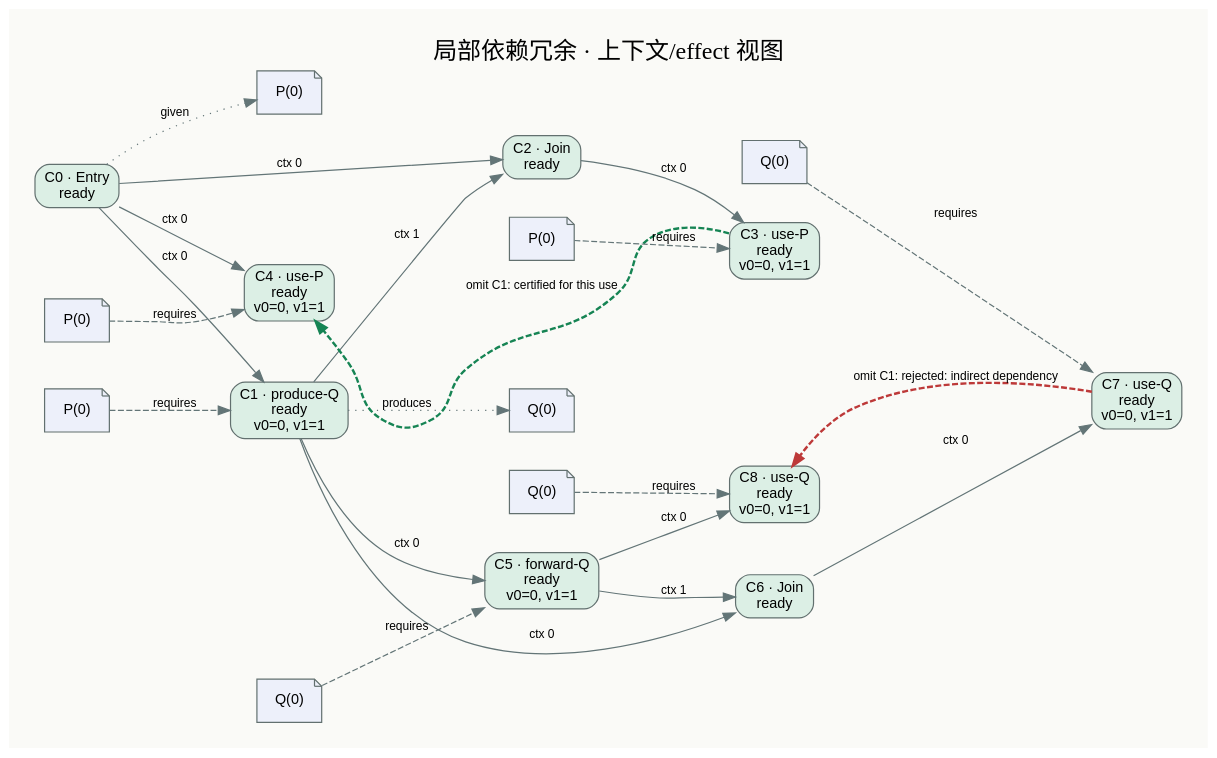
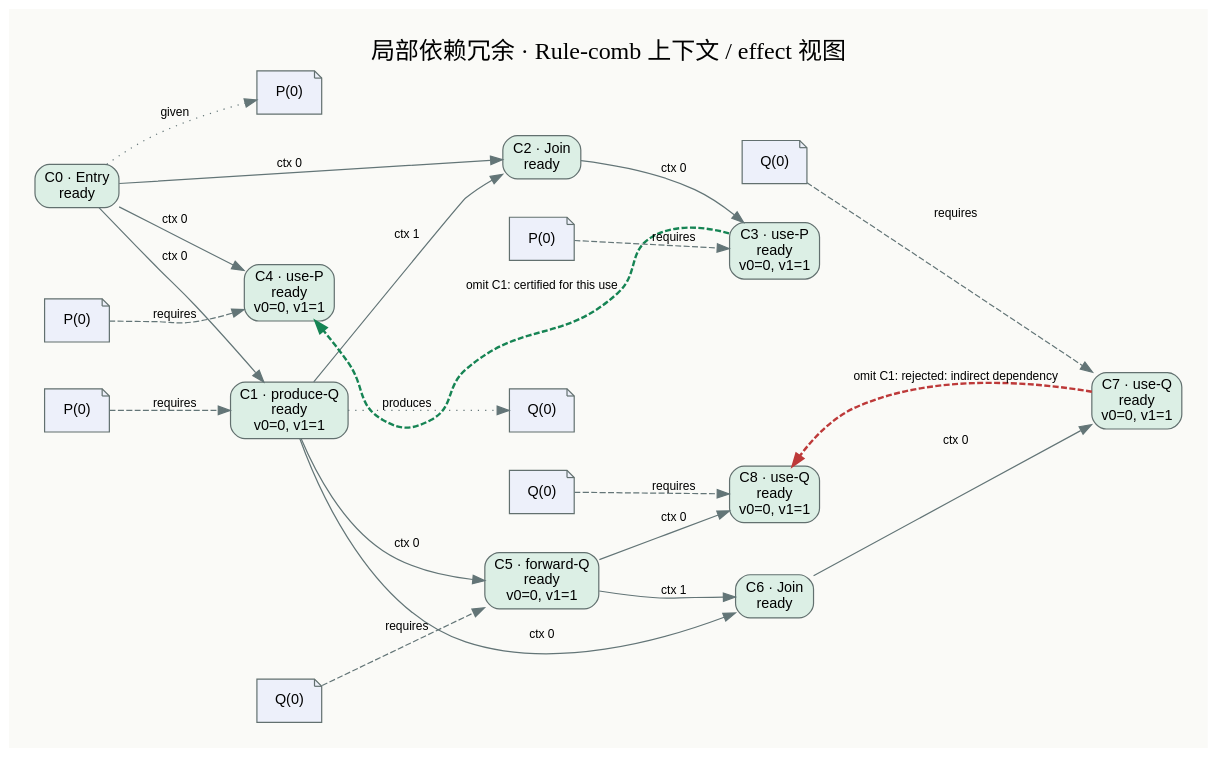
One commit to MilkBlock/fractal_egraph changed the diagram in experiments/tier1_effects/redundancy.dot. Above: the diagram before and after it, drawn with Graphviz. The commit also changed 17 other files, not shown here.

```diff
--- a/experiments/tier1_effects/redundancy.dot
+++ b/experiments/tier1_effects/redundancy.dot
@@ -1,43 +1,43 @@
 digraph G {
 graph [rankdir=LR,bgcolor="#fafaf7",pad=0.3,nodesep=0.45,ranksep=0.8];
 node [fontname="Arial",fontsize=12,shape=box,style="rounded,filled",color="#62706f"];
 edge [fontname="Arial",fontsize=10,color="#637577"];
-label="局部依赖冗余 · 上下文/effect 视图";labelloc=t;fontsize=20;
+label="局部依赖冗余 · Rule-comb 上下文 / effect 视图";labelloc=t;fontsize=20;
 c0 [label="C0 · Entry\nready",fillcolor="#dcefe5"];
 e0_given_0 [label="P(0)",shape=note,fillcolor="#edf0fa"];
 c0 -> e0_given_0 [style=dotted,label="given"];
 c1 [label="C1 · produce-Q\nready\nv0=0, v1=1",fillcolor="#dcefe5"];
 c0 -> c1 [label="ctx 0"];
 e1_requires_0 [label="P(0)",shape=note,fillcolor="#edf0fa"];
 e1_requires_0 -> c1 [style=dashed,label="requires"];
 e1_produces_0 [label="Q(0)",shape=note,fillcolor="#edf0fa"];
 c1 -> e1_produces_0 [style=dotted,label="produces"];
 c2 [label="C2 · Join\nready",fillcolor="#dcefe5"];
 c0 -> c2 [label="ctx 0"];
 c1 -> c2 [label="ctx 1"];
 c3 [label="C3 · use-P\nready\nv0=0, v1=1",fillcolor="#dcefe5"];
 c2 -> c3 [label="ctx 0"];
 e3_requires_0 [label="P(0)",shape=note,fillcolor="#edf0fa"];
 e3_requires_0 -> c3 [style=dashed,label="requires"];
 c4 [label="C4 · use-P\nready\nv0=0, v1=1",fillcolor="#dcefe5"];
 c0 -> c4 [label="ctx 0"];
 e4_requires_0 [label="P(0)",shape=note,fillcolor="#edf0fa"];
 e4_requires_0 -> c4 [style=dashed,label="requires"];
 c5 [label="C5 · forward-Q\nready\nv0=0, v1=1",fillcolor="#dcefe5"];
 c1 -> c5 [label="ctx 0"];
 e5_requires_0 [label="Q(0)",shape=note,fillcolor="#edf0fa"];
 e5_requires_0 -> c5 [style=dashed,label="requires"];
 c6 [label="C6 · Join\nready",fillcolor="#dcefe5"];
 c1 -> c6 [label="ctx 0"];
 c5 -> c6 [label="ctx 1"];
 c7 [label="C7 · use-Q\nready\nv0=0, v1=1",fillcolor="#dcefe5"];
 c6 -> c7 [label="ctx 0"];
 e7_requires_0 [label="Q(0)",shape=note,fillcolor="#edf0fa"];
 e7_requires_0 -> c7 [style=dashed,label="requires"];
 c8 [label="C8 · use-Q\nready\nv0=0, v1=1",fillcolor="#dcefe5"];
 c5 -> c8 [label="ctx 0"];
 e8_requires_0 [label="Q(0)",shape=note,fillcolor="#edf0fa"];
 e8_requires_0 -> c8 [style=dashed,label="requires"];
 c3 -> c4 [constraint=false,color="#168454",penwidth=2,style=dashed,label="omit C1: certified for this use"];
 c7 -> c8 [constraint=false,color="#bd3939",penwidth=2,style=dashed,label="omit C1: rejected: indirect dependency"];
 }
```
